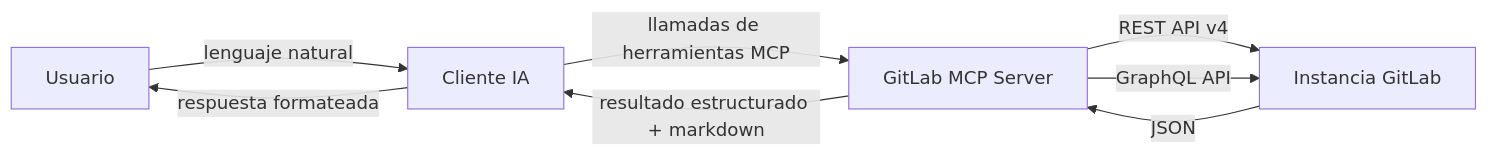
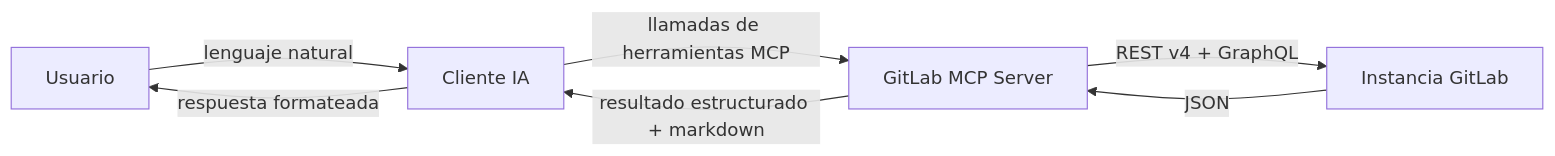
Before and after one commit to jmrplens/gitlab-mcp-server: the first of 4 diagrams in site/src/content/docs/es/architecture.mdx, drawn with Mermaid. The commit also changed 135 other files, not shown here.

````diff
--- a/site/src/content/docs/es/architecture.mdx
+++ b/site/src/content/docs/es/architecture.mdx
@@ -14,10 +14,9 @@
 ```mermaid
 graph LR
     U[Usuario] -->|lenguaje natural| AI[Cliente IA]
     AI -->|llamadas de herramientas MCP| S[GitLab MCP Server]
-    S -->|REST API v4| G[Instancia GitLab]
-    S -->|GraphQL API| G
+    S -->|REST v4 + GraphQL| G[Instancia GitLab]
     G -->|JSON| S
     S -->|resultado estructurado + markdown| AI
     AI -->|respuesta formateada| U
 ```
````
